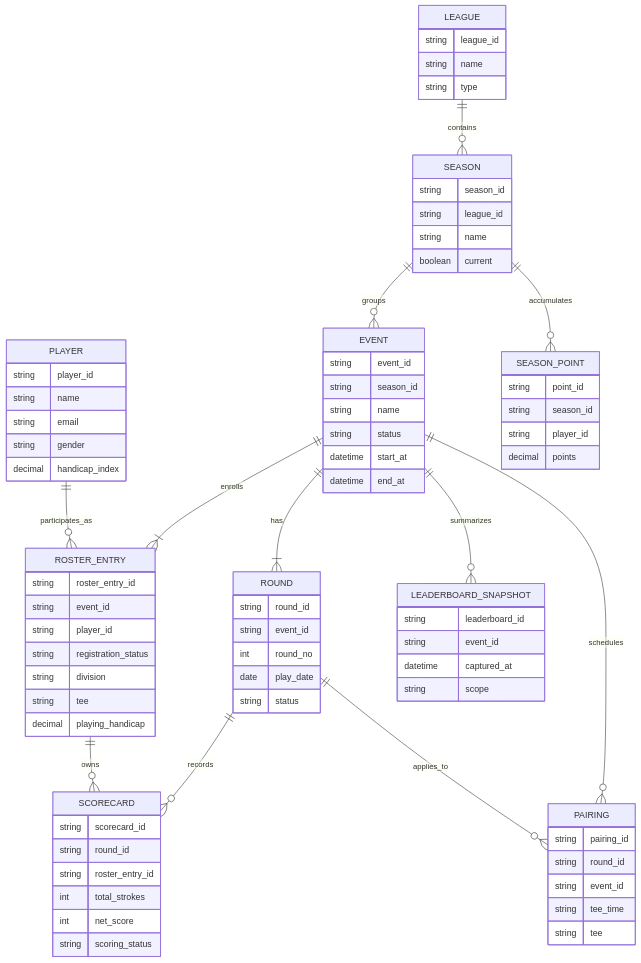
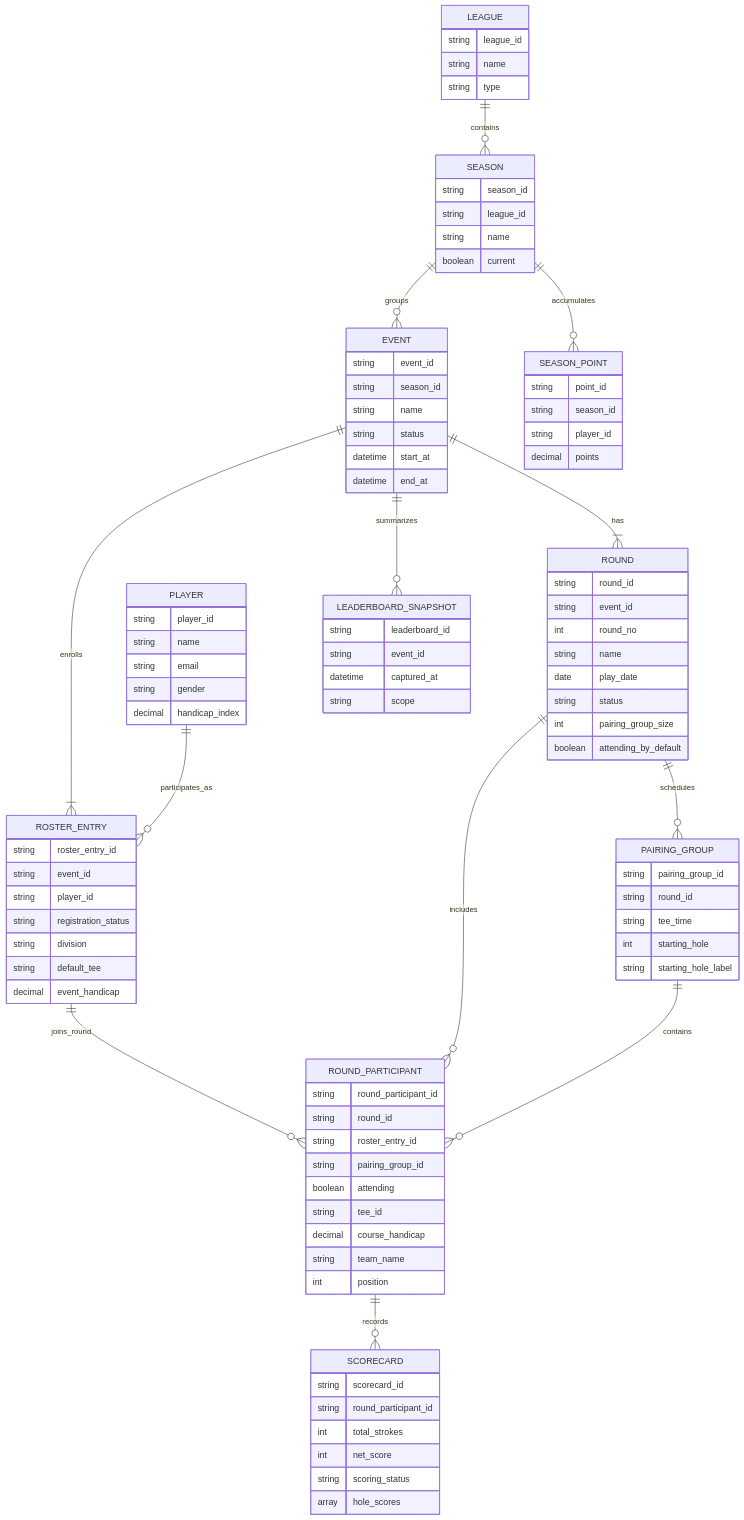
One commit to erichshan/golf-genius changed the fourth of 6 diagrams in docs/design/data-model.md. Above: the diagram before and after it, drawn with Mermaid. The commit also changed other lines of this file and 9 other files, not shown here.

```diff
--- a/docs/design/data-model.md
+++ b/docs/design/data-model.md
@@ -93,10 +266,11 @@
     EVENT ||--|{ ROUND : has
     EVENT ||--|{ ROSTER_ENTRY : enrolls
     PLAYER ||--o{ ROSTER_ENTRY : participates_as
-    ROUND ||--o{ SCORECARD : records
-    ROSTER_ENTRY ||--o{ SCORECARD : owns
-    EVENT ||--o{ PAIRING : schedules
-    ROUND ||--o{ PAIRING : applies_to
+    ROSTER_ENTRY ||--o{ ROUND_PARTICIPANT : joins_round
+    ROUND ||--o{ ROUND_PARTICIPANT : includes
+    ROUND_PARTICIPANT ||--o{ SCORECARD : records
+    ROUND ||--o{ PAIRING_GROUP : schedules
+    PAIRING_GROUP ||--o{ ROUND_PARTICIPANT : contains
     EVENT ||--o{ LEADERBOARD_SNAPSHOT : summarizes
     SEASON ||--o{ SEASON_POINT : accumulates
 
@@ -123,8 +297,11 @@
       string round_id
       string event_id
       int round_no
+      string name
       date play_date
       string status
+      int pairing_group_size
+      boolean attending_by_default
     }
     PLAYER {
       string player_id
@@ -139,23 +316,34 @@
       string player_id
       string registration_status
       string division
-      string tee
-      decimal playing_handicap
+      string default_tee
+      decimal event_handicap
+    }
+    ROUND_PARTICIPANT {
+      string round_participant_id
+      string round_id
+      string roster_entry_id
+      string pairing_group_id
+      boolean attending
+      string tee_id
+      decimal course_handicap
+      string team_name
+      int position
     }
     SCORECARD {
       string scorecard_id
-      string round_id
-      string roster_entry_id
+      string round_participant_id
       int total_strokes
       int net_score
       string scoring_status
+      array hole_scores
     }
-    PAIRING {
-      string pairing_id
+    PAIRING_GROUP {
+      string pairing_group_id
       string round_id
-      string event_id
       string tee_time
-      string tee
+      int starting_hole
+      string starting_hole_label
     }
     LEADERBOARD_SNAPSHOT {
       string leaderboard_id
```
